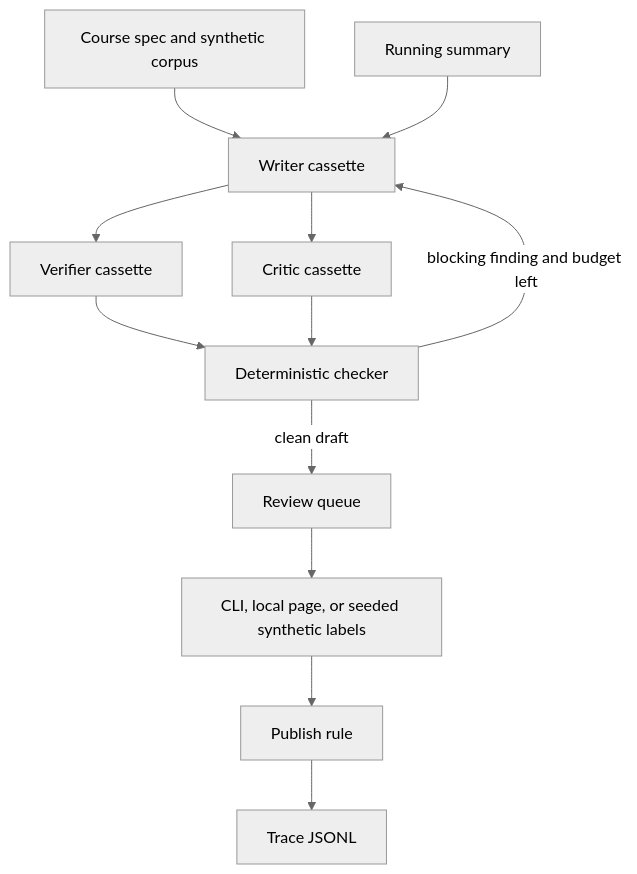
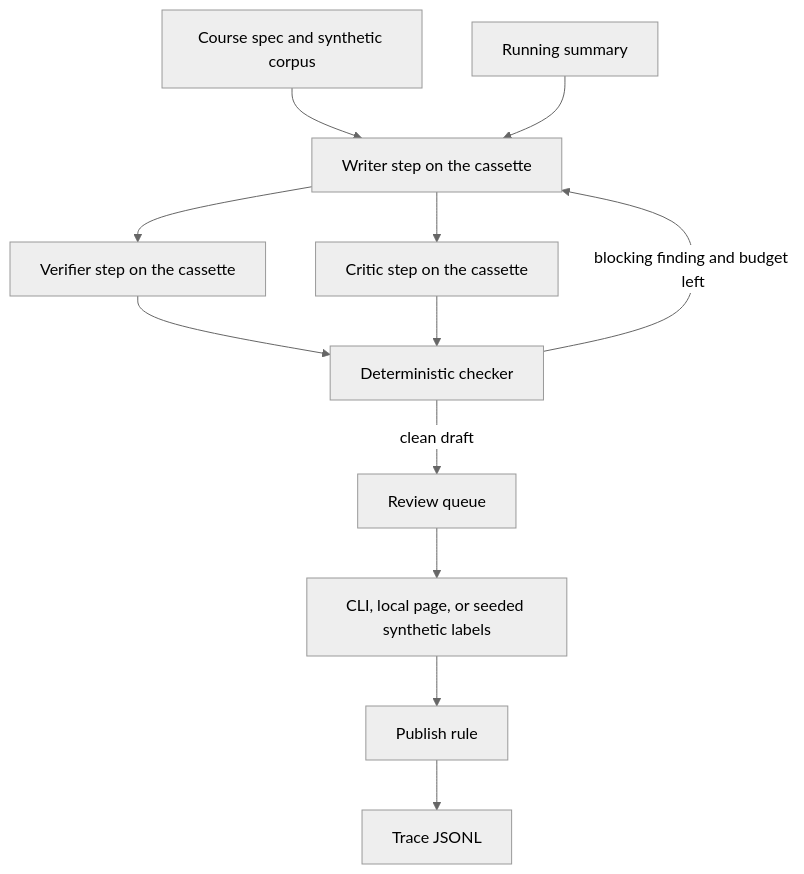
One commit to dlescanogithub/human-eval-multiagent-pipeline changed the diagram in README.md. Above: the diagram before and after it, drawn with Mermaid (neutral theme). The commit also changed other lines of this file and 35 other files, not shown here.

````diff
--- a/README.md
+++ b/README.md
@@ -27,14 +44,14 @@
 ```mermaid
 flowchart TD
-  spec[Course spec and synthetic corpus] --> writer[Writer cassette]
+  spec[Course spec and synthetic corpus] --> writer[Writer step on the cassette]
   summary[Running summary] --> writer
-  writer --> verifier[Verifier cassette]
-  writer --> critic[Critic cassette]
+  writer --> verifier[Verifier step on the cassette]
+  writer --> critic[Critic step on the cassette]
   verifier --> checker[Deterministic checker]
   critic --> checker
   checker -->|blocking finding and budget left| writer
   checker -->|clean draft| queue[Review queue]
   queue --> labels[CLI, local page, or seeded synthetic labels]
   labels --> decision[Publish rule]
   decision --> trace[Trace JSONL]
 ```
````
